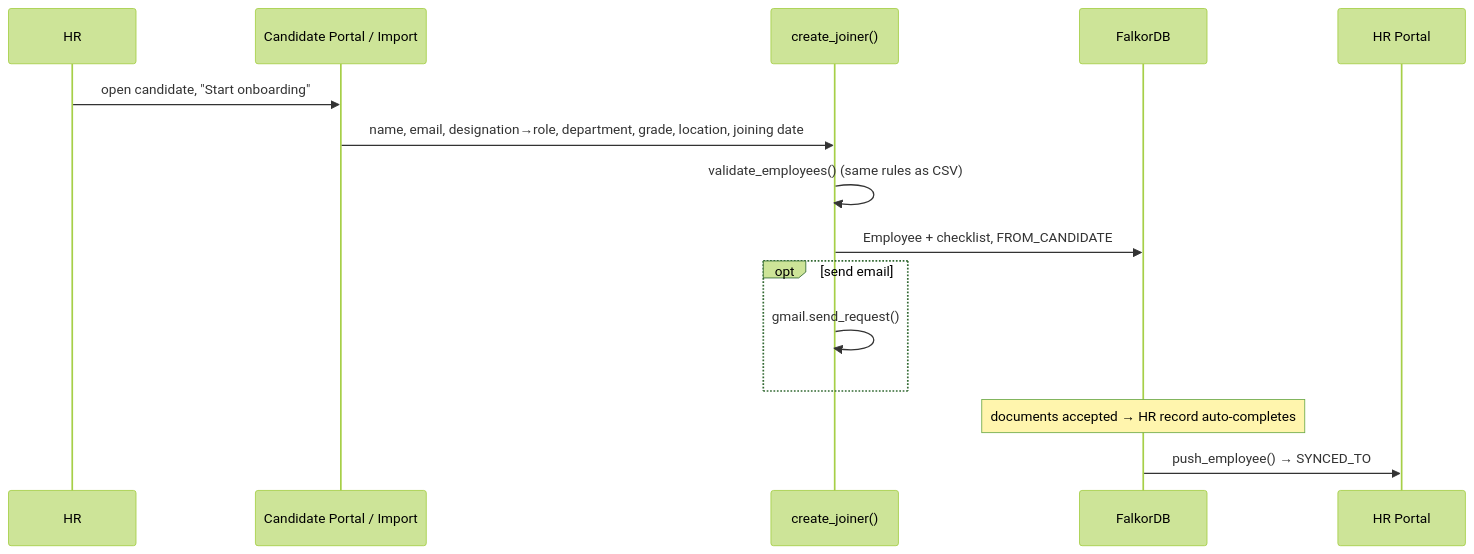
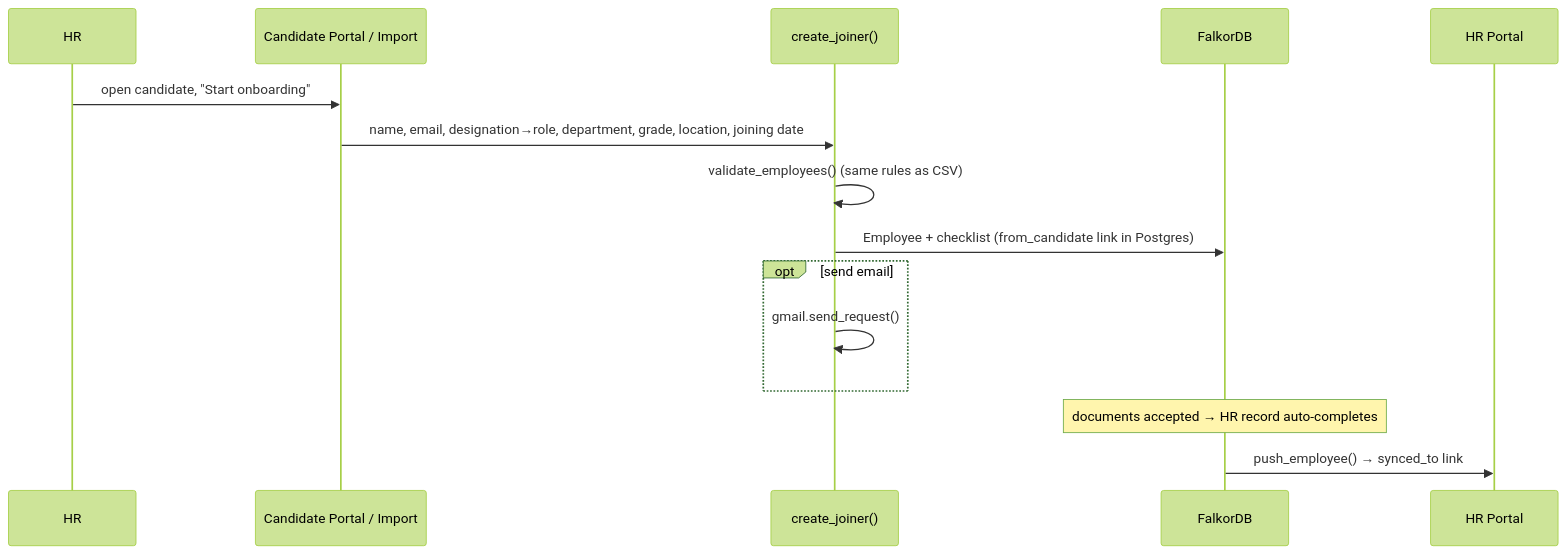
One commit to Prateek1771/azentio-hr changed the seventh of 10 diagrams in docs/lld.md. Above: the diagram before and after it, drawn with Mermaid (forest theme). The commit also changed other lines of this file and 30 other files, not shown here.

````diff
--- a/docs/lld.md
+++ b/docs/lld.md
@@ -442,18 +443,18 @@
 ```mermaid
 sequenceDiagram
     participant HR
     participant C as Candidate Portal / Import
     participant BE as create_joiner()
     participant G as FalkorDB
     participant H as HR Portal
 
     HR->>C: open candidate, "Start onboarding"
     C->>BE: name, email, designation→role, department, grade, location, joining date
     BE->>BE: validate_employees() (same rules as CSV)
-    BE->>G: Employee + checklist, FROM_CANDIDATE
+    BE->>G: Employee + checklist (from_candidate link in Postgres)
     opt send email
         BE->>BE: gmail.send_request()
     end
     Note over G: documents accepted → HR record auto-completes
-    G->>H: push_employee() → SYNCED_TO
+    G->>H: push_employee() → synced_to link
 ```
````
